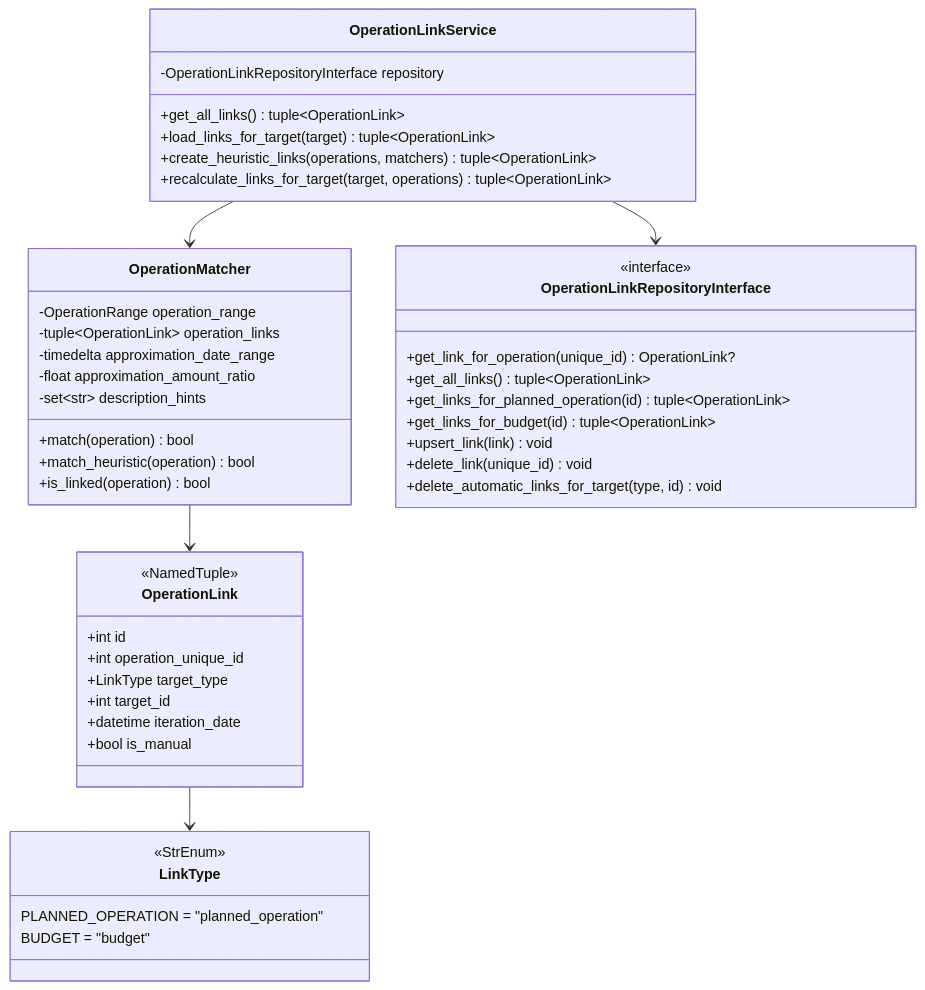
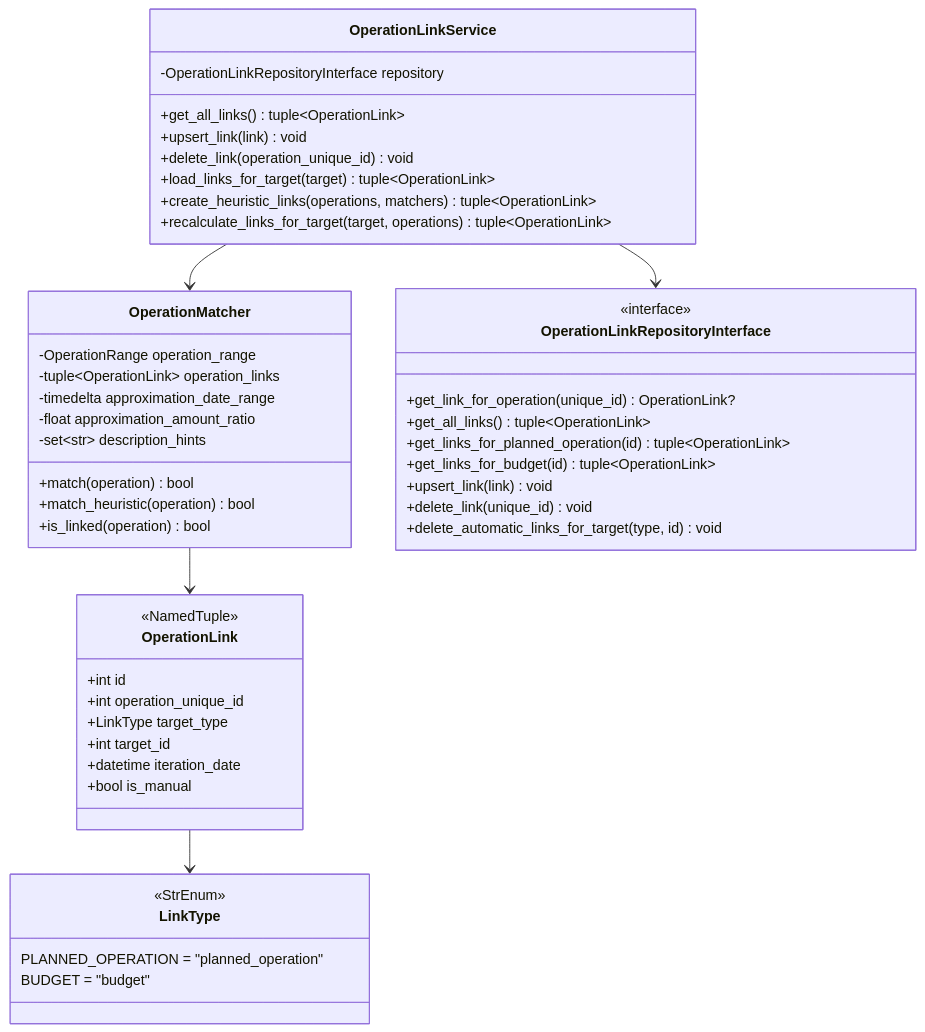
The second of 8 diagrams in docs/dev/operation-links.md (corentin-core/budget-forecaster), drawn with Mermaid before and after one commit. The commit also changed other lines of this file and 2 other files, not shown here.

First line of the commit message:
refactor: route link operations through OperationLinkService

````diff
--- a/docs/dev/operation-links.md
+++ b/docs/dev/operation-links.md
@@ -63,53 +63,55 @@
 ```mermaid
 classDiagram
     class LinkType {
         <<StrEnum>>
         PLANNED_OPERATION = "planned_operation"
         BUDGET = "budget"
     }
 
     class OperationLink {
         <<NamedTuple>>
         +int id
         +int operation_unique_id
         +LinkType target_type
         +int target_id
         +datetime iteration_date
         +bool is_manual
     }
 
     class OperationMatcher {
         -OperationRange operation_range
         -tuple~OperationLink~ operation_links
         -timedelta approximation_date_range
         -float approximation_amount_ratio
         -set~str~ description_hints
         +match(operation) bool
         +match_heuristic(operation) bool
         +is_linked(operation) bool
     }
 
     class OperationLinkService {
         -OperationLinkRepositoryInterface repository
         +get_all_links() tuple~OperationLink~
+        +upsert_link(link) void
+        +delete_link(operation_unique_id) void
         +load_links_for_target(target) tuple~OperationLink~
         +create_heuristic_links(operations, matchers) tuple~OperationLink~
         +recalculate_links_for_target(target, operations) tuple~OperationLink~
     }
 
     class OperationLinkRepositoryInterface {
         <<interface>>
         +get_link_for_operation(unique_id) OperationLink?
         +get_all_links() tuple~OperationLink~
         +get_links_for_planned_operation(id) tuple~OperationLink~
         +get_links_for_budget(id) tuple~OperationLink~
         +upsert_link(link) void
         +delete_link(unique_id) void
         +delete_automatic_links_for_target(type, id) void
     }
 
     OperationLink --> LinkType
     OperationMatcher --> OperationLink
     OperationLinkService --> OperationLinkRepositoryInterface
     OperationLinkService --> OperationMatcher
 ```
````
